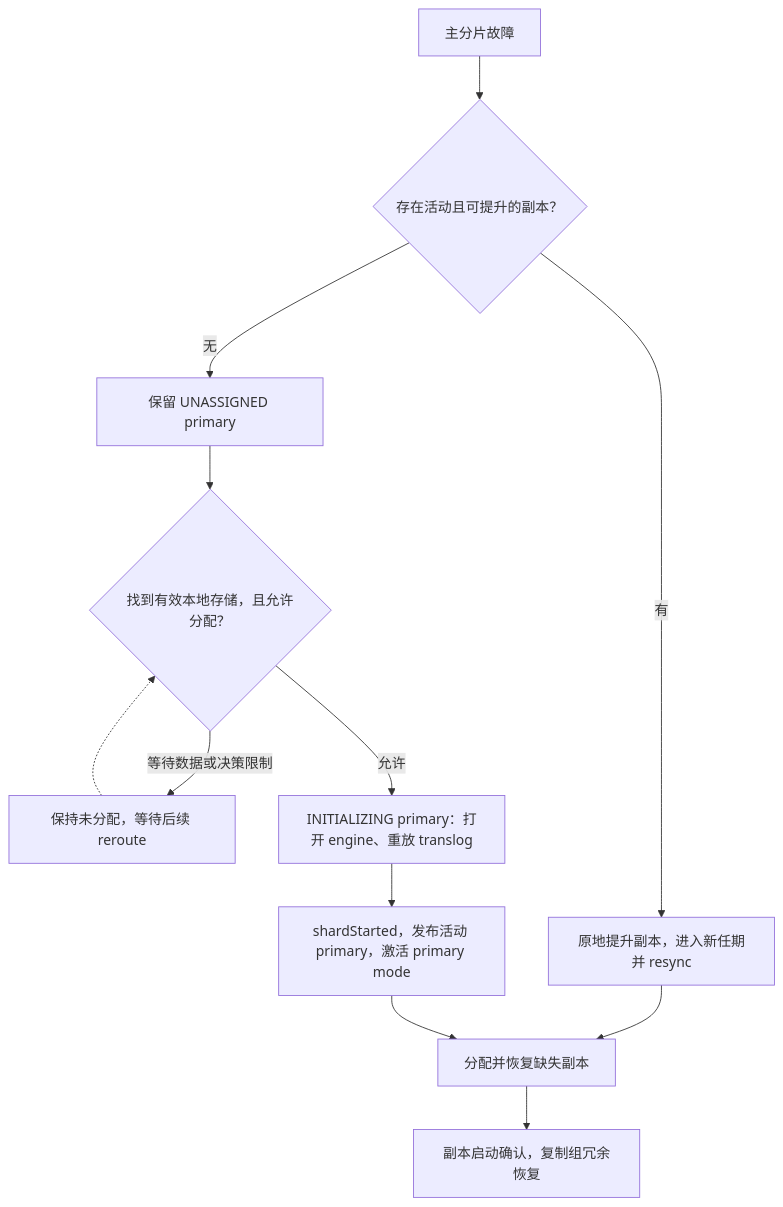
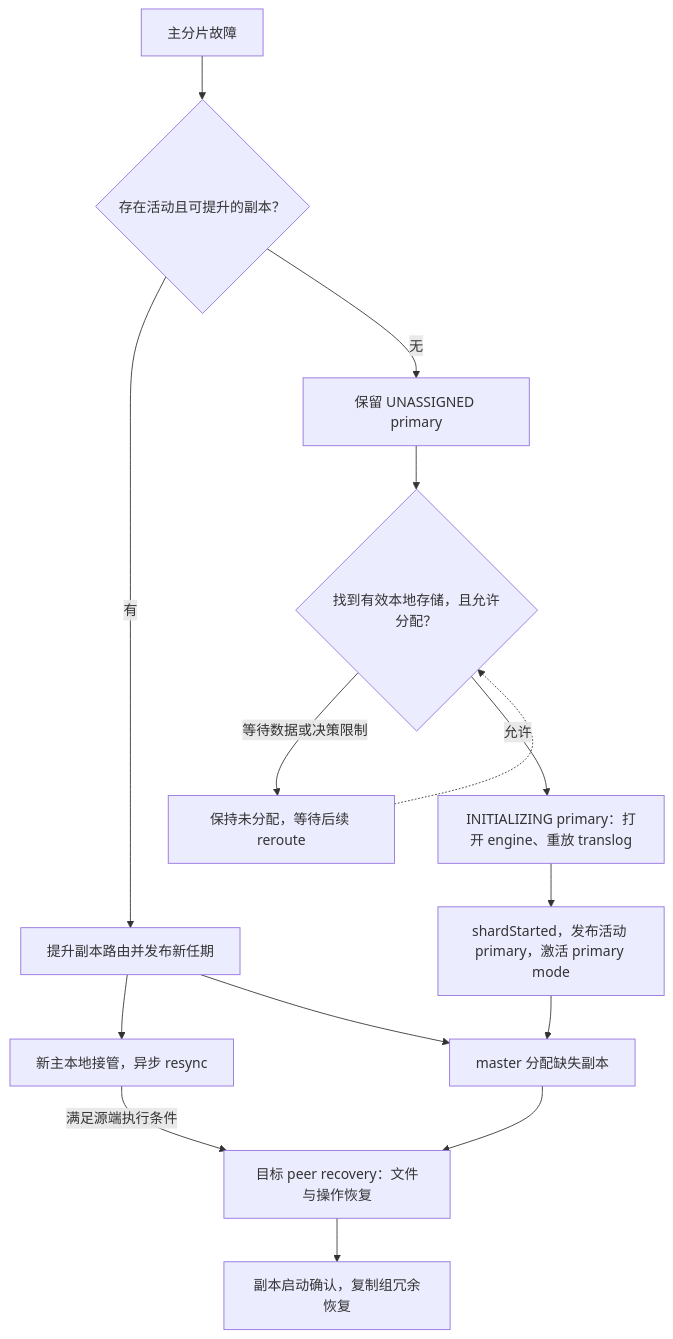
One commit to zhongyuankai/BigData changed the fifth of 5 diagrams in ElasticSearch/replica-promotion.md. Above: the diagram before and after it, drawn with Mermaid. The commit also changed other lines of this file, not shown here.

Commit message:
docs: complete recovery call chain and clarify source context

````diff
--- a/ElasticSearch/replica-promotion.md
+++ b/ElasticSearch/replica-promotion.md
@@ -689,14 +1321,17 @@
 ```mermaid
 flowchart TD
     F["主分片故障"] --> Q{"存在活动且可提升的副本？"}
-    Q -->|"有"| P["原地提升副本，进入新任期并 resync"]
+    Q -->|"有"| P["提升副本路由并发布新任期"]
+    P --> L["新主本地接管，异步 resync"]
     Q -->|"无"| U["保留 UNASSIGNED primary"]
     U --> S{"找到有效本地存储，且允许分配？"}
     S -->|"等待数据或决策限制"| W["保持未分配，等待后续 reroute"]
     W -.-> S
     S -->|"允许"| I["INITIALIZING primary：打开 engine、重放 translog"]
     I --> A["shardStarted，发布活动 primary，激活 primary mode"]
-    P --> R["分配并恢复缺失副本"]
+    P --> R["master 分配缺失副本"]
     A --> R
-    R --> D["副本启动确认，复制组冗余恢复"]
+    R --> E["目标 peer recovery：文件与操作恢复"]
+    L -->|"满足源端执行条件"| E
+    E --> D["副本启动确认，复制组冗余恢复"]
 ```
````
